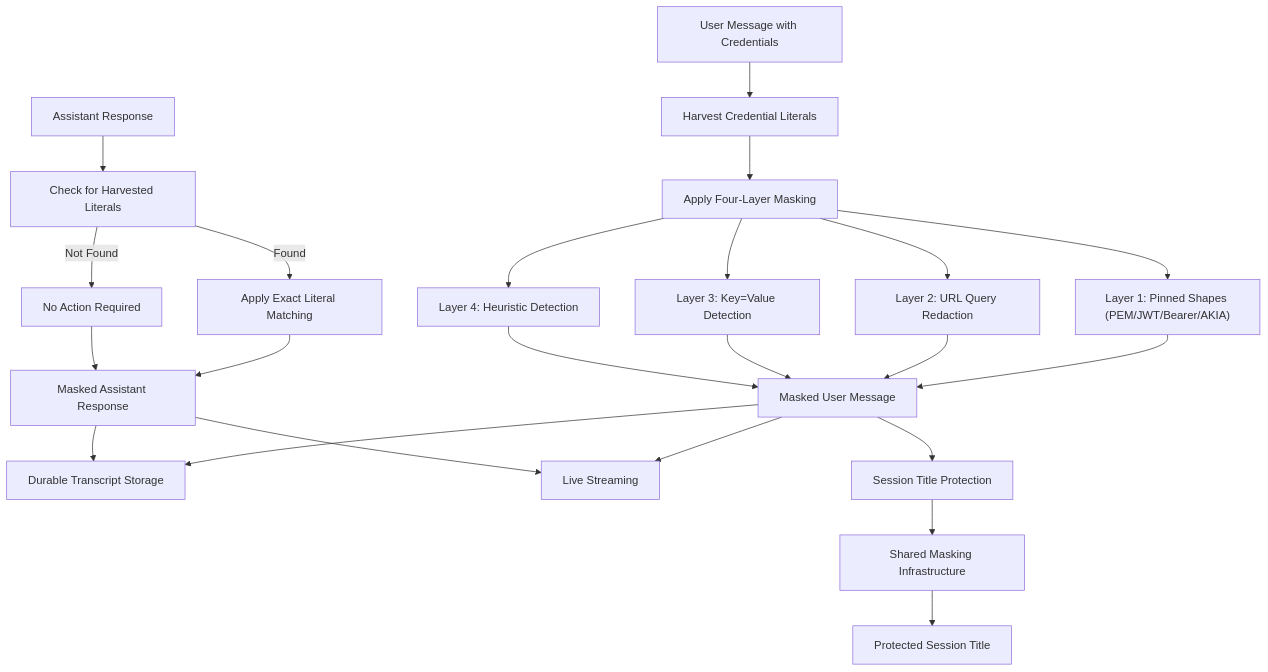
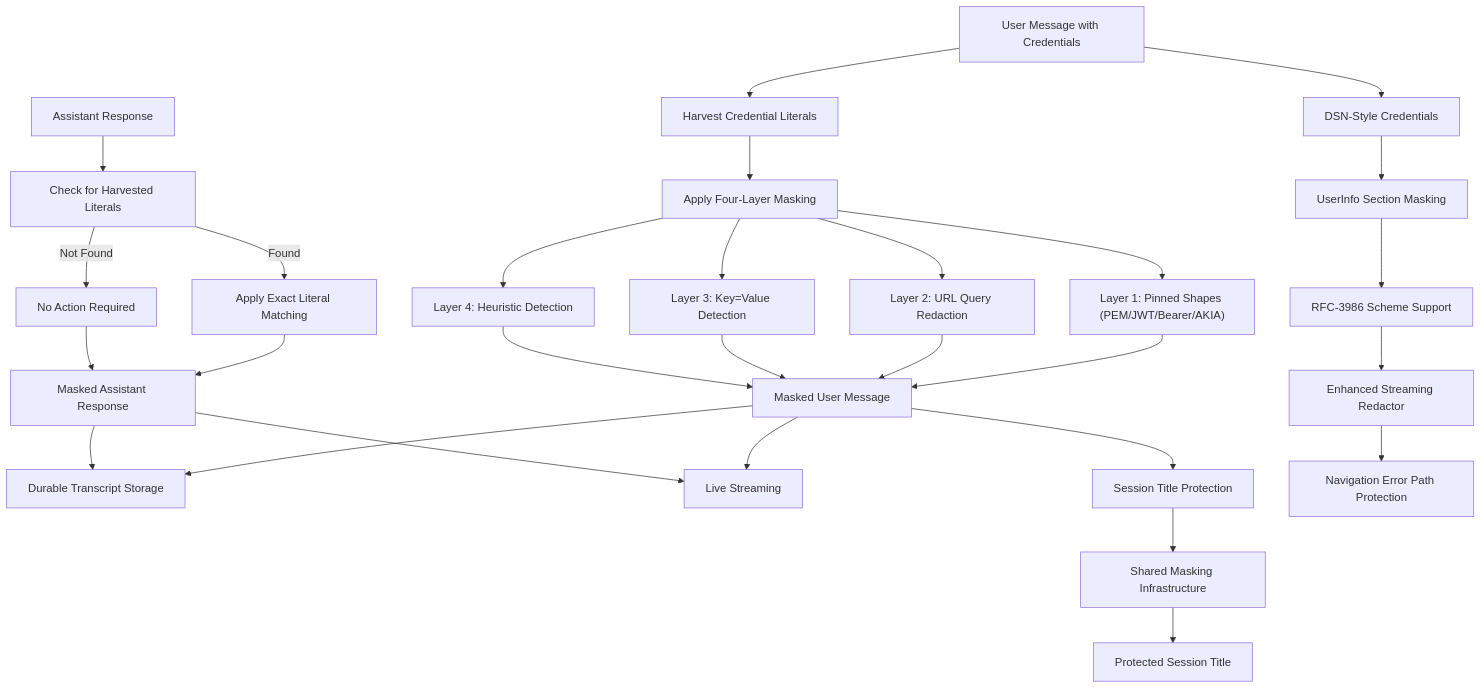
Before and after one commit to metasync/luban-aiops: diagram 12 of 15 in .qoder/repowiki/en/content/Security Guide/Security Guide.md, drawn with Mermaid. The commit also changed other lines of this file and 21 other files, not shown here.

````diff
--- a/.qoder/repowiki/en/content/Security Guide/Security Guide.md
+++ b/.qoder/repowiki/en/content/Security Guide/Security Guide.md
@@ -705,25 +720,30 @@
 ```mermaid
 flowchart TD
 UserMessage["User Message with Credentials"] --> HarvestLiterals["Harvest Credential Literals"]
 HarvestLiterals --> ApplyLayers["Apply Four-Layer Masking"]
 ApplyLayers --> Layer1["Layer 1: Pinned Shapes (PEM/JWT/Bearer/AKIA)"]
 ApplyLayers --> Layer2["Layer 2: URL Query Redaction"]
 ApplyLayers --> Layer3["Layer 3: Key=Value Detection"]
 ApplyLayers --> Layer4["Layer 4: Heuristic Detection"]
 Layer1 --> MaskedUser["Masked User Message"]
 Layer2 --> MaskedUser
 Layer3 --> MaskedUser
 Layer4 --> MaskedUser
 AssistantResponse["Assistant Response"] --> CheckLiterals["Check for Harvested Literals"]
 CheckLiterals --> |Found| ExactMatch["Apply Exact Literal Matching"]
 CheckLiterals --> |Not Found| NoAction["No Action Required"]
 ExactMatch --> MaskedAssistant["Masked Assistant Response"]
 NoAction --> MaskedAssistant
 MaskedUser --> Transcript["Durable Transcript Storage"]
 MaskedAssistant --> Transcript
 MaskedUser --> LiveStream["Live Streaming"]
 MaskedAssistant --> LiveStream
 MaskedUser --> SessionTitle["Session Title Protection"]
 SessionTitle --> SharedInfrastructure["Shared Masking Infrastructure"]
 SharedInfrastructure --> ProtectedTitle["Protected Session Title"]
+UserMessage --> DSNCredentials["DSN-Style Credentials"]
+DSNCredentials --> UserInfoMasking["UserInfo Section Masking"]
+UserInfoMasking --> ExpandedURLRecognition["RFC-3986 Scheme Support"]
+ExpandedURLRecognition --> EnhancedStreaming["Enhanced Streaming Redactor"]
+EnhancedStreaming --> BrowserErrorProtection["Navigation Error Path Protection"]
 ```
````
